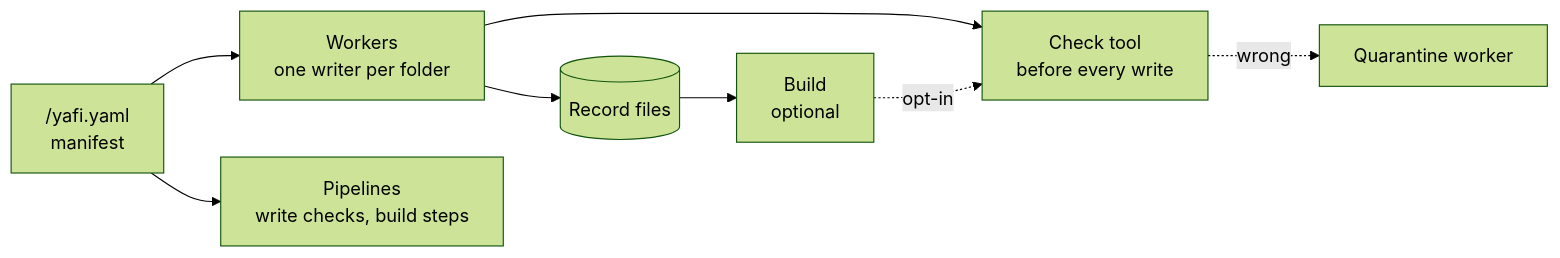
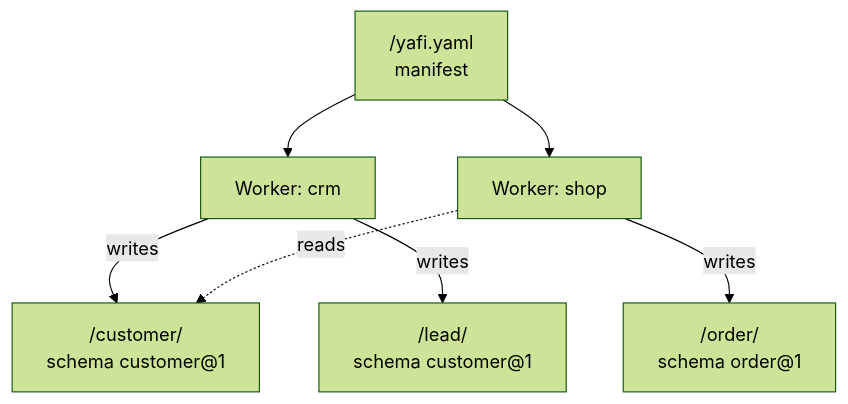
Before and after one commit to bristweb/yafidb: the second of 2 diagrams in README.md, drawn with Mermaid (forest theme). The commit also changed other lines of this file and 3 other files, not shown here.

Commit message:
README: one architecture diagram showing worker folders and schemas; quarantine is a write-check effect

````diff
--- a/README.md
+++ b/README.md
@@ -79,10 +79,10 @@
 ```mermaid
-flowchart LR
-    M["/yafi.yaml<br/>manifest"] --> W[Workers<br/>one writer per folder]
-    M --> P[Pipelines<br/>write checks, build steps]
-    W --> F[(Record files)]
-    F --> B[Build<br/>optional]
-    W --> K[Check tool<br/>before every write]
-    K -.wrong.-> Q[Quarantine worker]
-    B -.opt-in.-> K
+flowchart TB
+    M["/yafi.yaml<br/>manifest"]
+    M --> W1[Worker: crm]
+    M --> W2[Worker: shop]
+    W1 -->|writes| F1["/customer/<br/>schema customer@1"]
+    W1 -->|writes| F2["/lead/<br/>schema customer@1"]
+    W2 -->|writes| F3["/order/<br/>schema order@1"]
+    W2 -.reads.-> F1
 ```
````
